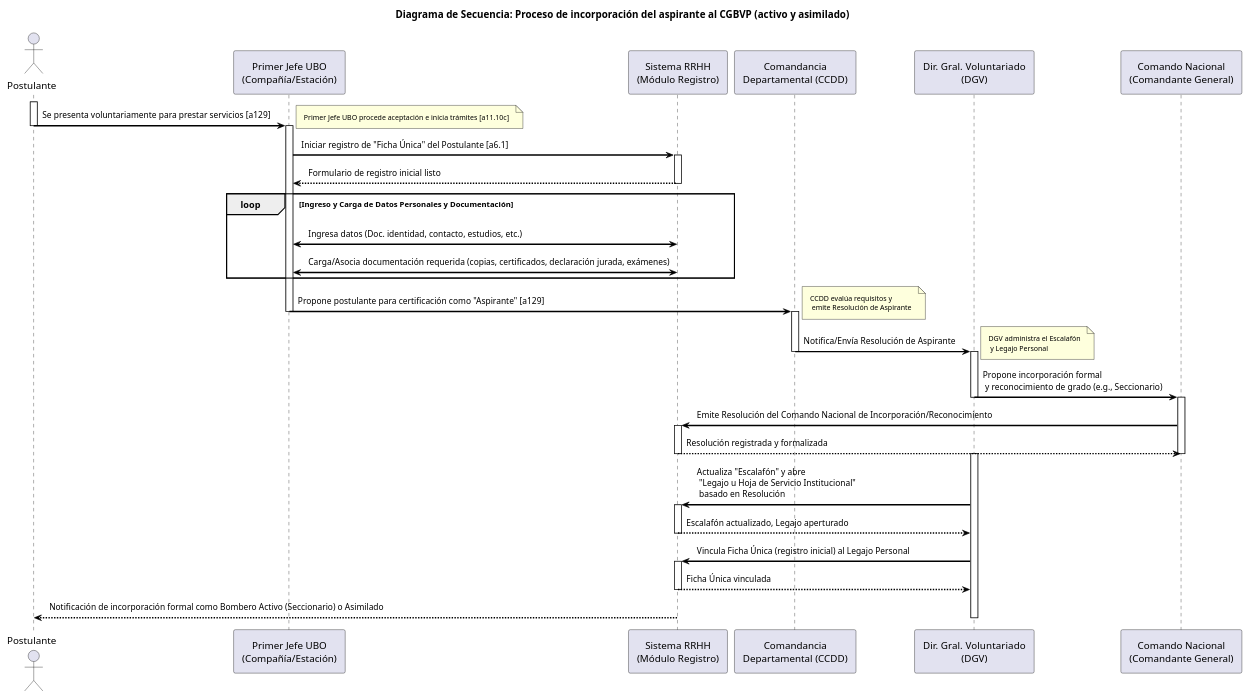
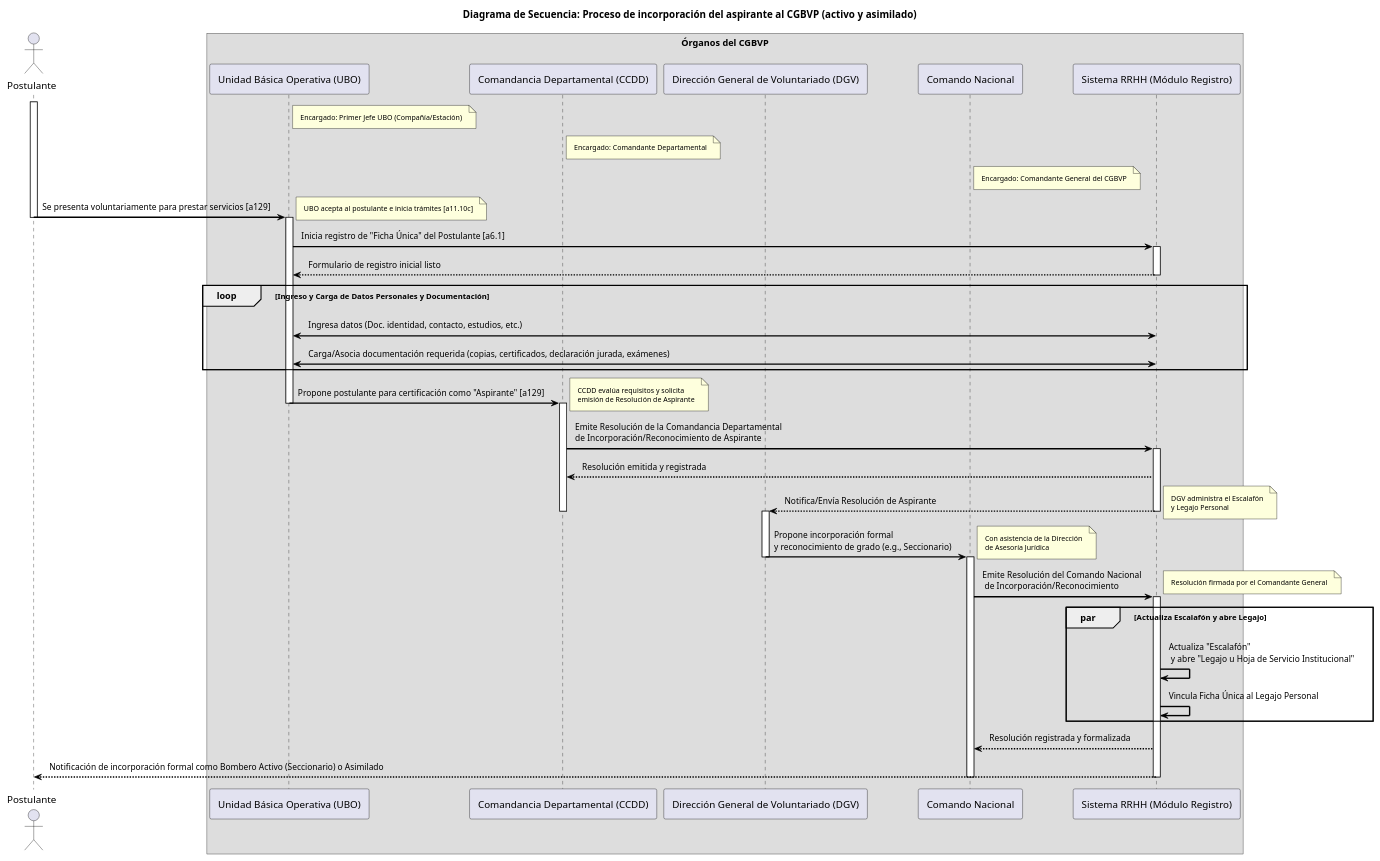
Before and after one commit to dennisbot/analisis-requerimiento-cgbvp: the diagram in sequence_diagrams/02_proceso_incorporacion_cgbvp.plantuml, drawn with PlantUML.

Commit message:
modificación de proceso de incorporación al CGBVP de acuerdo a lo discuto el 2025-06-11

```diff
--- a/sequence_diagrams/02_proceso_incorporacion_cgbvp.plantuml
+++ b/sequence_diagrams/02_proceso_incorporacion_cgbvp.plantuml
@@ -1,85 +1,99 @@
 @startuml proceso_incorporacion_cgbvp
+
 ' Style settings for clarity
 skinparam {
     Padding 5
     BoxPadding 10
     ArrowThickness 2
     ArrowColor black
     ActorBorderColor black
     ParticipantBorderColor black
     ActorFontColor black
     ParticipantFontColor black
     ActorFontSize 14
     ParticipantFontSize 14
     ArrowFontSize 12
     note {
         BorderColor black
         FontColor black
         FontSize 10
     }
 }
 
 actor "Postulante" as Applicant
-participant "Primer Jefe UBO\n(Compañía/Estación)" as UBOCommander
-participant "Sistema RRHH\n(Módulo Registro)" as System
-participant "Comandancia\nDepartamental (CCDD)" as CCDD
-participant "Dir. Gral. Voluntariado\n(DGV)" as DGV
-participant "Comando Nacional\n(Comandante General)" as CG
+
+box "Órganos del CGBVP"
+    participant "Unidad Básica Operativa (UBO)" as UBO
+    participant "Comandancia Departamental (CCDD)" as CCDD
+    participant "Dirección General de Voluntariado (DGV)" as DGV
+    participant "Comando Nacional" as CN
+    participant "Sistema RRHH (Módulo Registro)" as System
+end box
+
+note right of UBO
+Encargado: Primer Jefe UBO (Compañía/Estación)
+end note
+
+note right of CCDD
+Encargado: Comandante Departamental
+end note
+
+note right of CN
+Encargado: Comandante General del CGBVP
+end note
 
 title Diagrama de Secuencia: Proceso de incorporación del aspirante al CGBVP (activo y asimilado)
 
 activate Applicant
-Applicant -> UBOCommander : Se presenta voluntariamente para prestar servicios [a129]
+Applicant -> UBO : Se presenta voluntariamente para prestar servicios [a129]
 deactivate Applicant
 
-activate UBOCommander
-    note right: Primer Jefe UBO procede aceptación e inicia trámites [a11.10c]
+activate UBO
+    note right: UBO acepta al postulante e inicia trámites [a11.10c]
 
-    UBOCommander -> System : Iniciar registro de "Ficha Única" del Postulante [a6.1]
+    UBO -> System : Inicia registro de "Ficha Única" del Postulante [a6.1]
     activate System
-        System --> UBOCommander : Formulario de registro inicial listo
+        System --> UBO : Formulario de registro inicial listo
     deactivate System
-
-    loop Ingreso y Carga de Datos Personales y Documentación
-        UBOCommander <-> System : Ingresa datos (Doc. identidad, contacto, estudios, etc.)
-        UBOCommander <-> System : Carga/Asocia documentación requerida (copias, certificados, declaración jurada, exámenes)
+    
+     loop Ingreso y Carga de Datos Personales y Documentación
+        UBO <-> System : Ingresa datos (Doc. identidad, contacto, estudios, etc.)
+        UBO <-> System : Carga/Asocia documentación requerida (copias, certificados, declaración jurada, exámenes)
     end
 
-    UBOCommander -> CCDD : Propone postulante para certificación como "Aspirante" [a129]
-deactivate UBOCommander
+    UBO -> CCDD : Propone postulante para certificación como "Aspirante" [a129]
+deactivate UBO
 
 activate CCDD
-    note right: CCDD evalúa requisitos y\n emite Resolución de Aspirante
+    note right: CCDD evalúa requisitos y solicita\nemisión de Resolución de Aspirante
 
-    CCDD -> DGV : Notifica/Envía Resolución de Aspirante
+    CCDD -> System : Emite Resolución de la Comandancia Departamental\nde Incorporación/Reconocimiento de Aspirante
+    activate System
+        System --> CCDD : Resolución emitida y registrada
+        System --> DGV : Notifica/Envía Resolución de Aspirante
+    deactivate System
 deactivate CCDD
 
 activate DGV
-    note right: DGV administra el Escalafón\n y Legajo Personal
+    note right: DGV administra el Escalafón\ny Legajo Personal
 
-    DGV -> CG : Propone incorporación formal\n y reconocimiento de grado (e.g., Seccionario)
+    DGV -> CN : Propone incorporación formal\ny reconocimiento de grado (e.g., Seccionario)
 deactivate DGV
 
-activate CG
-    CG -> System : Emite Resolución del Comando Nacional de Incorporación/Reconocimiento
+activate CN
+    note right: Con asistencia de la Dirección\nde Asesoría Jurídica
+    CN -> System : Emite Resolución del Comando Nacional\n de Incorporación/Reconocimiento
+    note right: Resolución firmada por el Comandante General
     activate System
-        System --> CG : Resolución registrada y formalizada
+
+        par Actualiza Escalafón y abre Legajo
+            System -> System : Actualiza "Escalafón"\n y abre "Legajo u Hoja de Servicio Institucional"
+            System -> System : Vincula Ficha Única al Legajo Personal
+        end
+
+        System --> CN : Resolución registrada y formalizada
+        System --> Applicant : Notificación de incorporación formal como Bombero Activo (Seccionario) o Asimilado
+
     deactivate System
-deactivate CG
-
-activate DGV
-    DGV -> System : Actualiza "Escalafón" y abre\n "Legajo u Hoja de Servicio Institucional"\n basado en Resolución
-    activate System
-        System --> DGV : Escalafón actualizado, Legajo aperturado
-    deactivate System
-
-    DGV -> System : Vincula Ficha Única (registro inicial) al Legajo Personal
-    activate System
-        System --> DGV : Ficha Única vinculada
-    deactivate System
-
-    System --> Applicant : Notificación de incorporación formal como Bombero Activo (Seccionario) o Asimilado
-
-deactivate DGV
-
+deactivate CN
 @enduml
```
